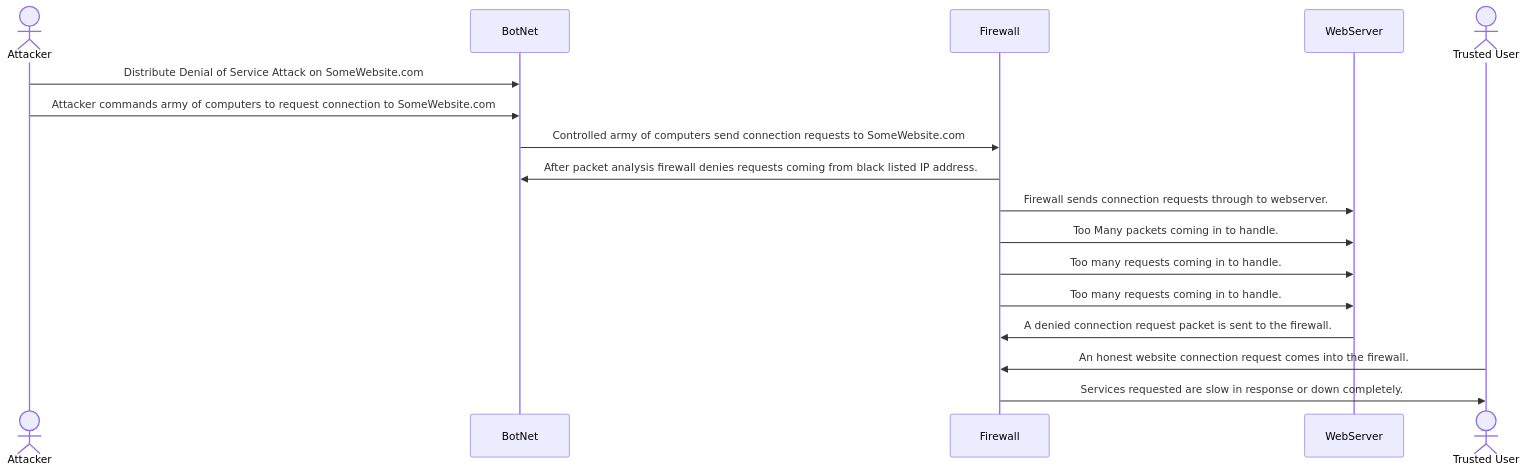
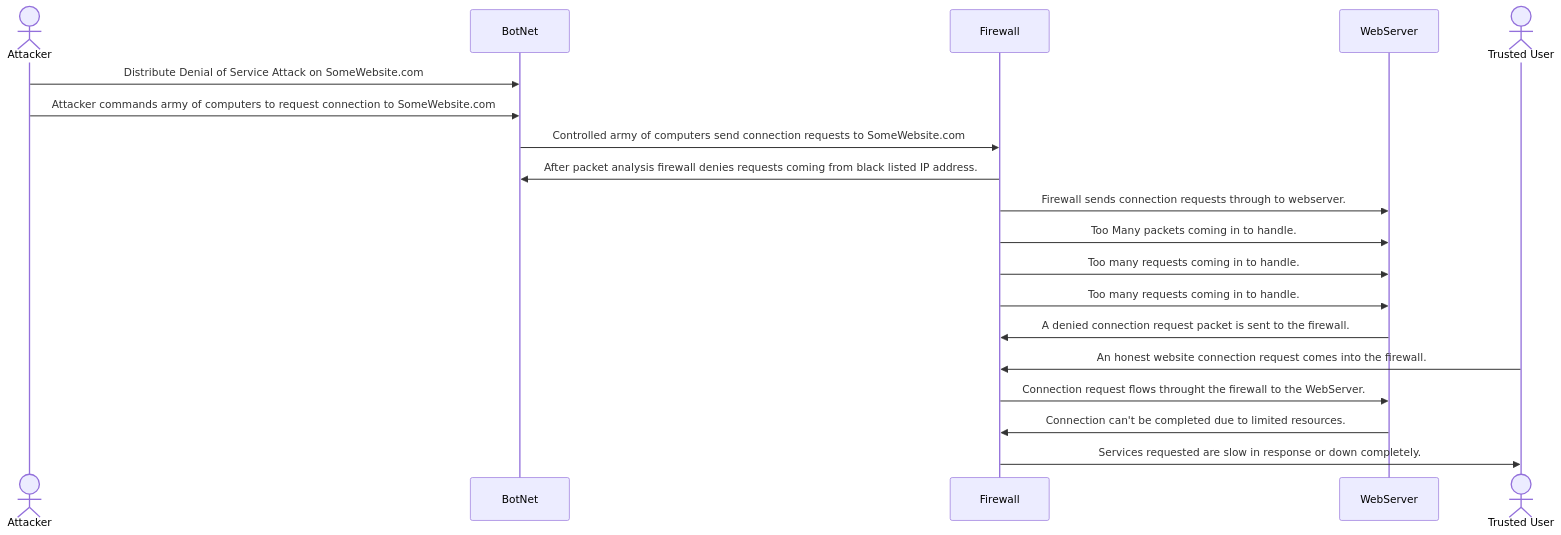
One commit to Langston6954/Langston6954.github.io changed the diagram in DDoS_Attack_Sequence.md. Above: the diagram before and after it, drawn with Mermaid.

Commit message:
Update DDoS_Attack_Sequence.md
Updated.

````diff
--- a/DDoS_Attack_Sequence.md
+++ b/DDoS_Attack_Sequence.md
@@ -1,27 +1,29 @@
 ```mermaid
 sequenceDiagram
   actor Attacker
   participant BotNet
   participant Firewall
   participant WebServer
   actor Trusted User
   Attacker->>BotNet: Distribute Denial of Service Attack on SomeWebsite.com
   Attacker->>BotNet: Attacker commands army of computers to request connection to SomeWebsite.com
   BotNet->>Firewall: Controlled army of computers send connection requests to SomeWebsite.com
   Firewall->>BotNet: After packet analysis firewall denies requests coming from black listed IP address.
   Firewall->>WebServer: Firewall sends connection requests through to webserver.
   Firewall->>WebServer: Too Many packets coming in to handle.
   Firewall->>WebServer: Too many requests coming in to handle.
   Firewall->>WebServer: Too many requests coming in to handle.
   WebServer->>Firewall: A denied connection request packet is sent to the firewall.
   Trusted User->>Firewall: An honest website connection request comes into the firewall.
+  Firewall->>WebServer: Connection request flows throught the firewall to the WebServer.
+  WebServer->>Firewall: Connection can't be completed due to limited resources.
   Firewall->>Trusted User: Services requested are slow in response or down completely.
 
 
 
 
 
 
 
 
 ```
````
